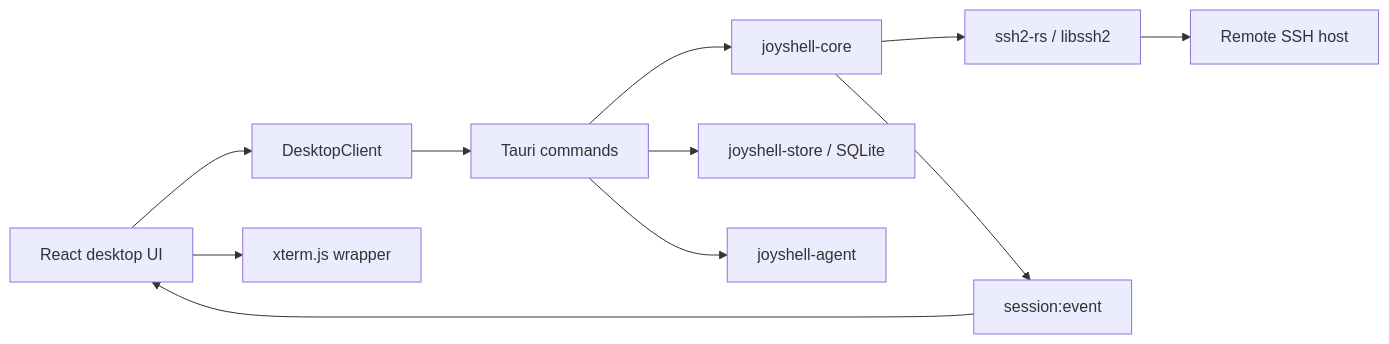
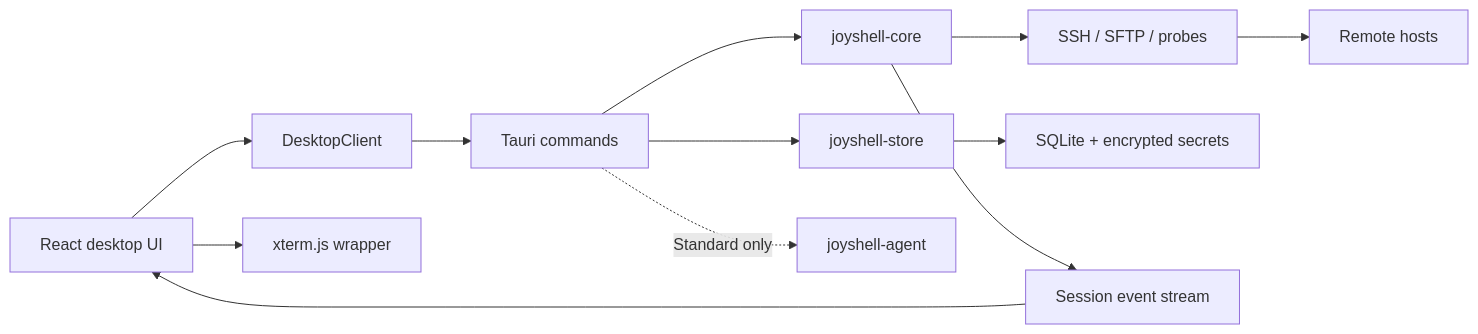
Before and after one commit to Aaaou/Joyshell: the diagram in README.md, drawn with Mermaid. The commit also changed other lines of this file and 2 other files, not shown here.

````diff
--- a/README.md
+++ b/README.md
@@ -40,13 +104,14 @@
 ```mermaid
 flowchart LR
   UI["React desktop UI"] --> Client["DesktopClient"]
+  UI --> Terminal["xterm.js wrapper"]
   Client --> IPC["Tauri commands"]
   IPC --> Core["joyshell-core"]
-  Core --> SSH["ssh2-rs / libssh2"]
-  SSH --> Host["Remote SSH host"]
-  Core --> Events["session:event"]
+  IPC --> Store["joyshell-store"]
+  IPC -. "Standard only" .-> Agent["joyshell-agent"]
+  Core --> SSH["SSH / SFTP / probes"]
+  SSH --> Host["Remote hosts"]
+  Store --> SQLite["SQLite + encrypted secrets"]
+  Core --> Events["Session event stream"]
   Events --> UI
-  IPC --> Store["joyshell-store / SQLite"]
-  IPC --> Agent["joyshell-agent"]
-  UI --> Terminal["xterm.js wrapper"]
 ```
````
